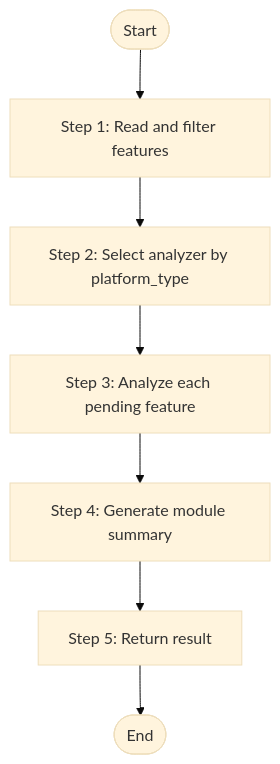
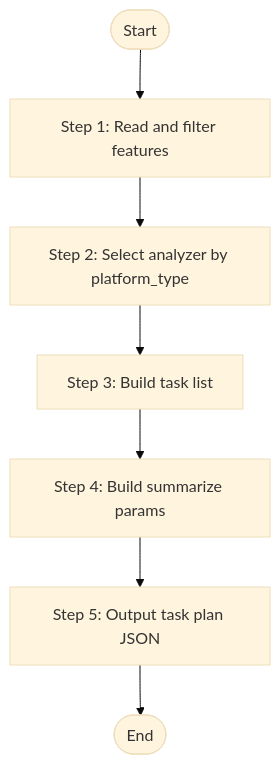
The diagram in .speccrew/skills/speccrew-pm-module-initializer/SKILL.md (charlesmu99/speccrew), drawn with Mermaid (base theme) before and after one commit. The commit also changed other lines of this file and 10 other files, not shown here.

````diff
--- a/.speccrew/skills/speccrew-pm-module-initializer/SKILL.md
+++ b/.speccrew/skills/speccrew-pm-module-initializer/SKILL.md
@@ -72,9 +88,9 @@
 ```mermaid
 flowchart TD
     Start([Start]) --> Step1[Step 1: Read and filter features]
     Step1 --> Step2[Step 2: Select analyzer by platform_type]
-    Step2 --> Step3[Step 3: Analyze each pending feature]
-    Step3 --> Step4[Step 4: Generate module summary]
-    Step4 --> Step5[Step 5: Return result]
+    Step2 --> Step3[Step 3: Build task list]
+    Step3 --> Step4[Step 4: Build summarize params]
+    Step4 --> Step5[Step 5: Output task plan JSON]
     Step5 --> End([End])
 ```
````
